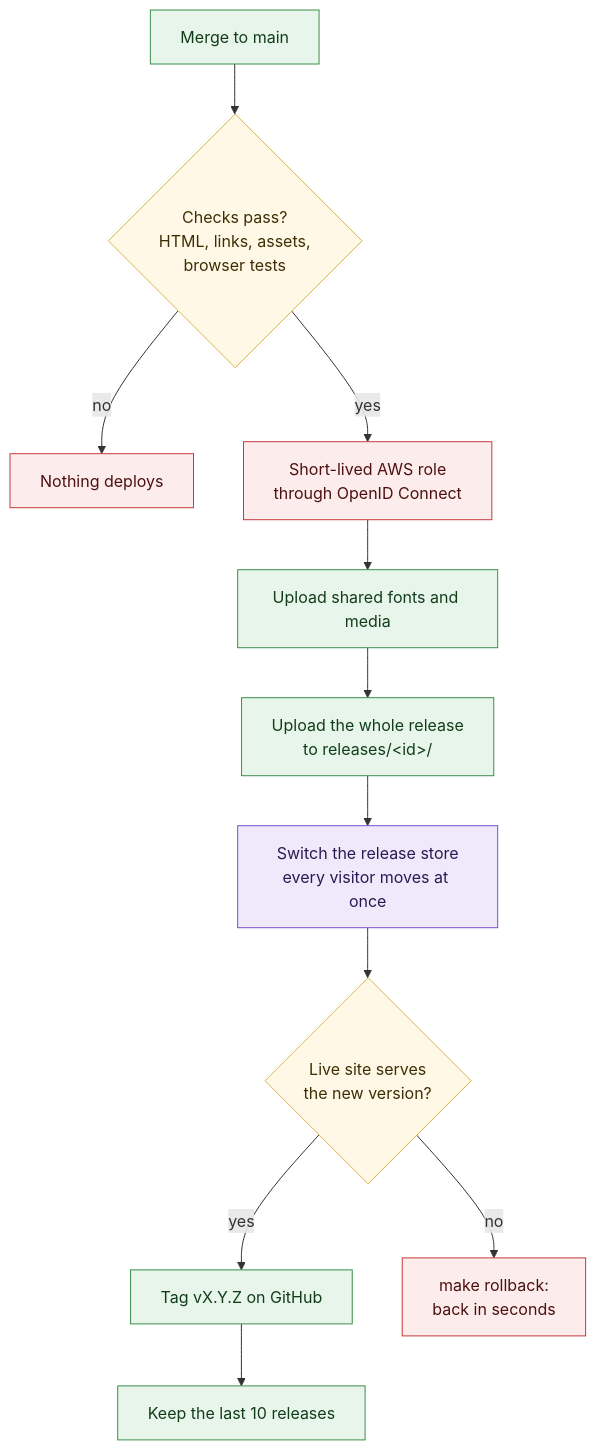
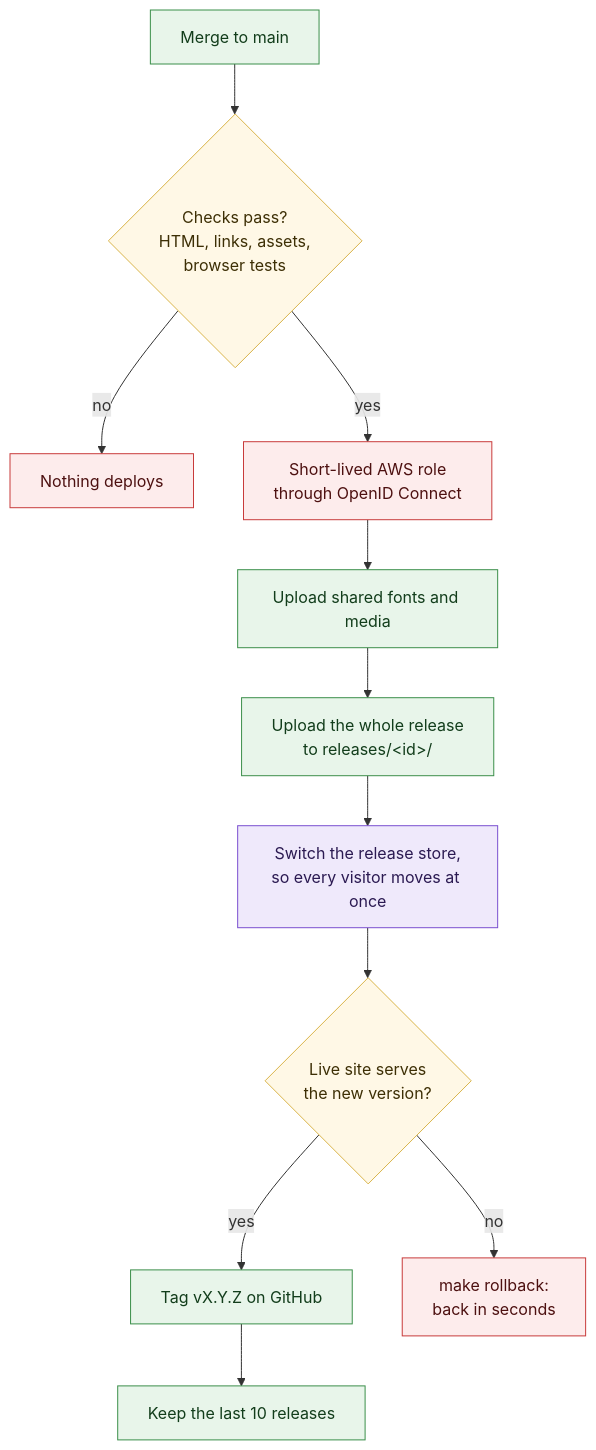
One commit to neon1llc/neon1-corpus changed the sixth of 8 diagrams in corpus/company/architecture.md. Above: the diagram before and after it, drawn with Mermaid. The commit also changed other lines of this file and 17 other files, not shown here.

Commit message:
Render architecture diagrams standalone and fit them to phones

````diff
--- a/corpus/company/architecture.md
+++ b/corpus/company/architecture.md
@@ -200,20 +173,20 @@
 ```mermaid
 %% alt: Flowchart of a site deploy. A change is merged to main on GitHub. GitHub Actions runs the checks: HTML, links, the asset manifest, and browser tests. If any fail, nothing is deployed. If they pass, the job gets short-lived AWS credentials through OpenID Connect, uploads shared fonts and media, uploads the whole release into its own folder, and then switches the release store to it, so every visitor moves at once. It confirms the live site serves the new version, tags the release, and keeps the last ten releases for a one-step rollback.
 flowchart TD
   merge["Merge to main"]:::step --> checks{"Checks pass?<br/>HTML, links, assets,<br/>browser tests"}:::decision
   checks -->|no| stop["Nothing deploys"]:::stop
   checks -->|yes| oidc["Short-lived AWS role<br/>through OpenID Connect"]:::security
   oidc --> shared["Upload shared fonts and media"]:::step
   shared --> release["Upload the whole release<br/>to releases/&lt;id&gt;/"]:::step
-  release --> switch["Switch the release store<br/>every visitor moves at once"]:::network
+  release --> switch["Switch the release store,<br/>so every visitor moves at once"]:::network
   switch --> verify{"Live site serves<br/>the new version?"}:::decision
   verify -->|yes| tag["Tag vX.Y.Z on GitHub"]:::step
   verify -->|no| rollback["make rollback:<br/>back in seconds"]:::stop
   tag --> keep["Keep the last 10 releases"]:::step
 
   classDef step fill:#e8f5ea,stroke:#3b8f4a,color:#123d1b
   classDef decision fill:#fff8e6,stroke:#d9b44a,color:#3d2f05
   classDef stop fill:#fdecec,stroke:#c83b3b,color:#4d1010
   classDef security fill:#fdecec,stroke:#c83b3b,color:#4d1010
   classDef network fill:#efe9fb,stroke:#7a4fd0,color:#2b1a52
 ```
````
